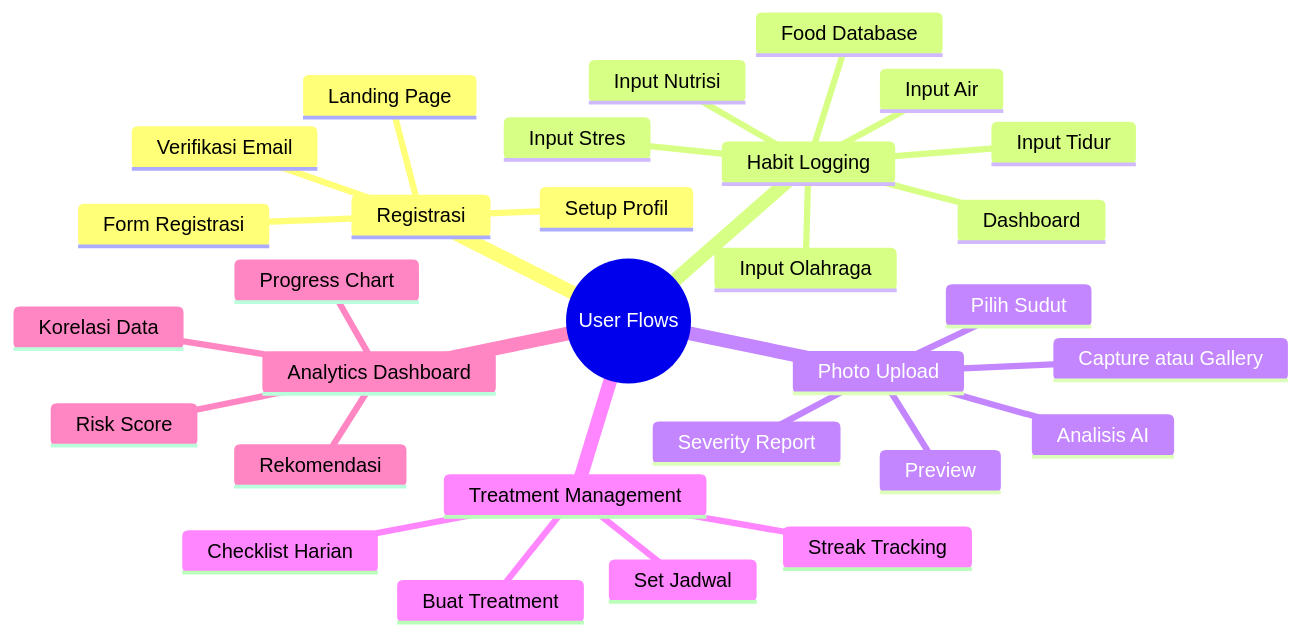
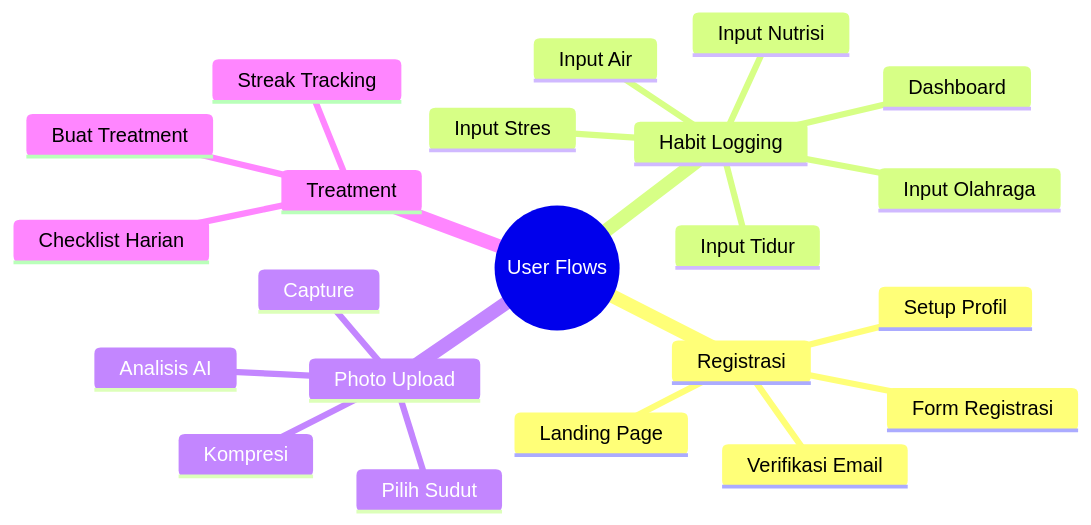
Before and after one commit to petrushandika/Scalp-Analytics: the first of 8 diagrams in Documentation/USER-FLOW.md, drawn with Mermaid. The commit also changed other lines of this file, not shown here.

Commit message:
Refactor user flow documentation to streamline content and improve clarity. Removed outdated sections, updated wireframe representations, and enhanced form component details for user registration. Simplified input processes and adjusted flowchart for better readability.

````diff
--- a/Documentation/USER-FLOW.md
+++ b/Documentation/USER-FLOW.md
@@ -18,33 +16,25 @@
 ```mermaid
 mindmap
   root((User Flows))
     Registrasi
       Landing Page
       Form Registrasi
       Verifikasi Email
       Setup Profil
     Habit Logging
       Dashboard
       Input Stres
       Input Tidur
       Input Air
       Input Nutrisi
       Input Olahraga
-      Food Database
     Photo Upload
       Pilih Sudut
-      Capture atau Gallery
-      Preview
+      Capture
+      Kompresi
       Analisis AI
-      Severity Report
-    Treatment Management
+    Treatment
       Buat Treatment
-      Set Jadwal
       Checklist Harian
       Streak Tracking
-    Analytics Dashboard
-      Progress Chart
-      Korelasi Data
-      Risk Score
-      Rekomendasi
 ```
````
